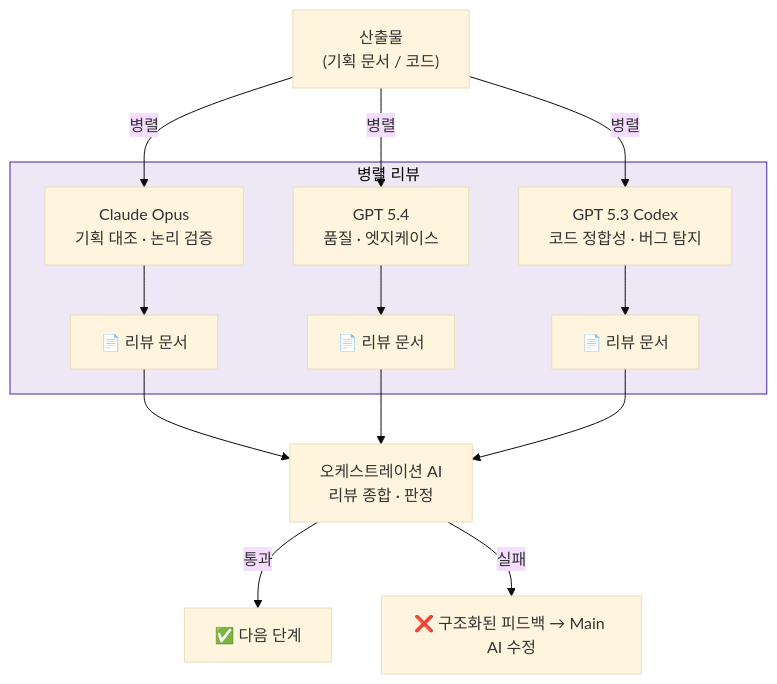
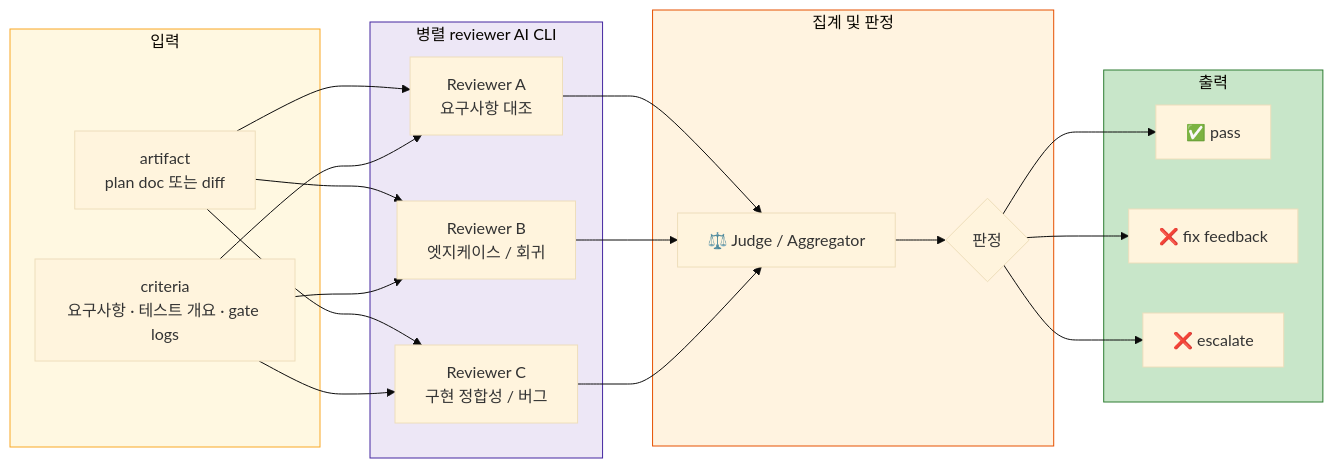
One commit to kimchanhyung98/agentic-workflows changed the ninth of 16 diagrams in docs/_draft/dev-automation/00-diagram.md. Above: the diagram before and after it, drawn with Mermaid (base theme). The commit also changed other lines of this file and 2 other files, not shown here.

First line of the commit message:
docs(dev-automation): 로컬 개발 자동화 에이전트 아키텍처 다이어그램 작성

````diff
--- a/docs/_draft/dev-automation/00-diagram.md
+++ b/docs/_draft/dev-automation/00-diagram.md
@@ -68,17 +461,34 @@
 ```mermaid
-graph TD
-    OUTPUT["산출물<br/>(기획 문서 / 코드)"]
-
-    subgraph Reviewers["병렬 리뷰"]
-        R1["Claude Opus<br/>기획 대조 · 논리 검증"] --> D1["📄 리뷰 문서"]
-        R2["GPT 5.4<br/>품질 · 엣지케이스"] --> D2["📄 리뷰 문서"]
-        R3["GPT 5.3 Codex<br/>코드 정합성 · 버그 탐지"] --> D3["📄 리뷰 문서"]
+flowchart LR
+    subgraph Input["입력"]
+        I1["artifact<br/>plan doc 또는 diff"]
+        I2["criteria<br/>요구사항 · 테스트 개요 · gate logs"]
     end
 
-    AGG["오케스트레이션 AI<br/>리뷰 종합 · 판정"]
-    OUTPUT -->|" 병렬 "| R1 & R2 & R3
-    D1 & D2 & D3 --> AGG
-    AGG -->|" 통과 "| PASS["✅ 다음 단계"]
-    AGG -->|" 실패 "| FAIL["❌ 구조화된 피드백 → Main AI 수정"]
+    subgraph Reviewers["병렬 reviewer AI CLI"]
+        R1["Reviewer A<br/>요구사항 대조"]
+        R2["Reviewer B<br/>엣지케이스 / 회귀"]
+        R3["Reviewer C<br/>구현 정합성 / 버그"]
+    end
+
+    subgraph Aggregation["집계 및 판정"]
+        AGG["⚖️ Judge / Aggregator"]
+        DEC{"판정"}
+    end
+
+    subgraph Output["출력"]
+        O1["✅ pass"]
+        O2["❌ fix feedback"]
+        O3["❌ escalate"]
+    end
+
+    I1 & I2 --> R1 & R2 & R3
+    R1 & R2 & R3 --> AGG --> DEC
+    DEC --> O1
+    DEC --> O2
+    DEC --> O3
+    style Input fill: #fff8e1, stroke: #F9A825
     style Reviewers fill: #ede7f6, stroke: #4527A0
+    style Aggregation fill: #fff3e0, stroke: #E65100
+    style Output fill: #c8e6c9, stroke: #2E7D32
 ```
````
